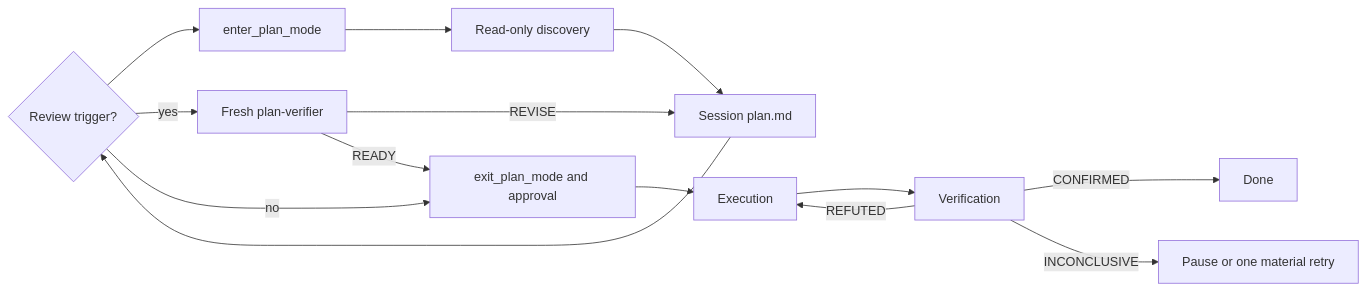
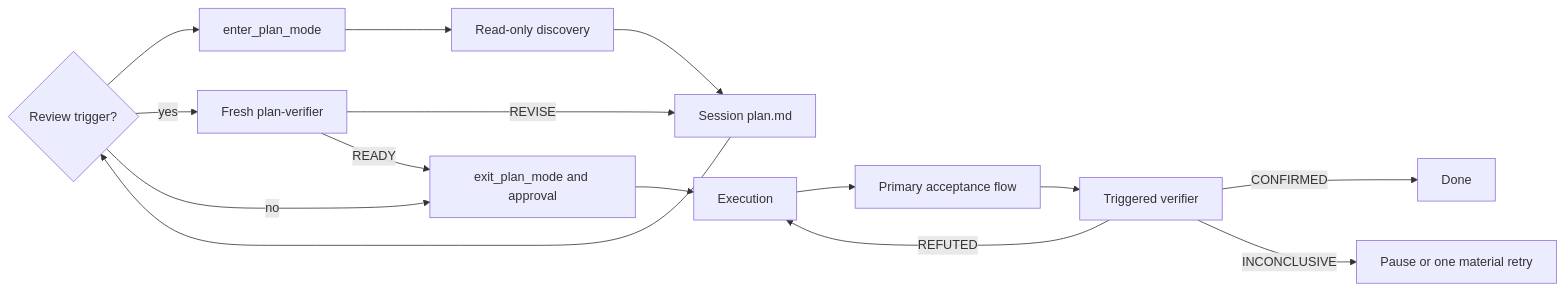
The third of 3 diagrams in README.md (Nanako0129/pilotfish-grok), drawn with Mermaid before and after one commit. The commit also changed other lines of this file and 11 other files, not shown here.

````diff
--- a/README.md
+++ b/README.md
@@ -146,16 +152,17 @@
 ```mermaid
 flowchart LR
     R[Complex request] --> N[enter_plan_mode]
     N --> D[Read-only discovery]
     D --> P[Session plan.md]
     P --> R{Review trigger?}
     R -->|yes| PV[Fresh plan-verifier]
     R -->|no| A
     PV -->|REVISE| P
     PV -->|READY| A[exit_plan_mode and approval]
     A --> E[Execution]
-    E --> V[Verification]
+    E --> F[Primary acceptance flow]
+    F --> V[Triggered verifier]
     V -->|REFUTED| E
     V -->|CONFIRMED| Done[Done]
     V -->|INCONCLUSIVE| Pause[Pause or one material retry]
 ```
````
